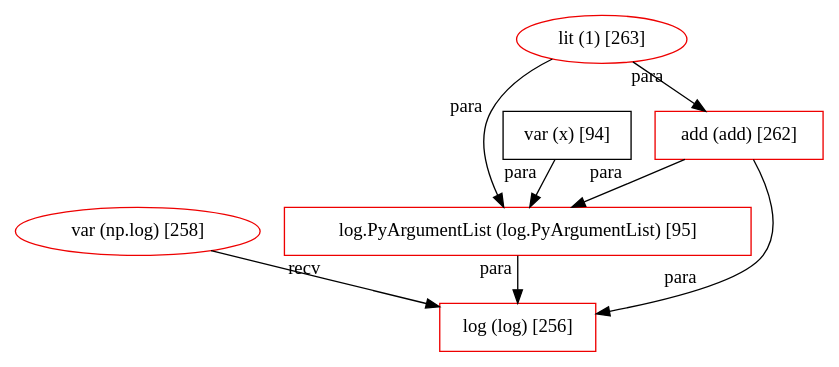
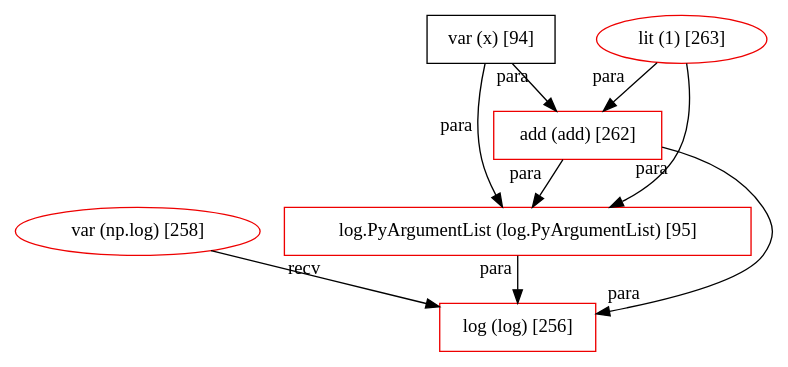
One commit to JetBrains-Research/revizor changed the diagram in plugin/src/main/resources/patterns/4890/graph.dot. Above: the diagram before and after it, drawn with Graphviz. The commit also changed 19 other files, not shown here.

```diff
--- a/plugin/src/main/resources/patterns/4890/graph.dot
+++ b/plugin/src/main/resources/patterns/4890/graph.dot
@@ -1,15 +1,16 @@
 digraph G {
   256 [ metadata="" color="red2" shape="box" label="log (log) [256]" ];
   258 [ metadata="" color="red2" shape="ellipse" label="var (np.log) [258]" ];
   95 [ metadata="" color="red2" shape="box" label="log.PyArgumentList (log.PyArgumentList) [95]" ];
   263 [ metadata="" color="red2" shape="ellipse" label="lit (1) [263]" ];
   262 [ metadata="" color="red2" shape="box" label="add (add) [262]" ];
   94 [ metadata="hanger" color="null" shape="null" label="var (x) [94]" ];
   258 -> 256 [ from_closure="false" xlabel="recv" ];
   95 -> 256 [ from_closure="false" xlabel="para" ];
   263 -> 95 [ from_closure="false" xlabel="para" ];
   263 -> 262 [ from_closure="false" xlabel="para" ];
   262 -> 256 [ from_closure="false" xlabel="para" ];
   262 -> 95 [ from_closure="false" xlabel="para" ];
   94 -> 95 [ from_closure="false" xlabel="para" ];
+  94 -> 262 [ from_closure="false" xlabel="para" ];
 }
```
